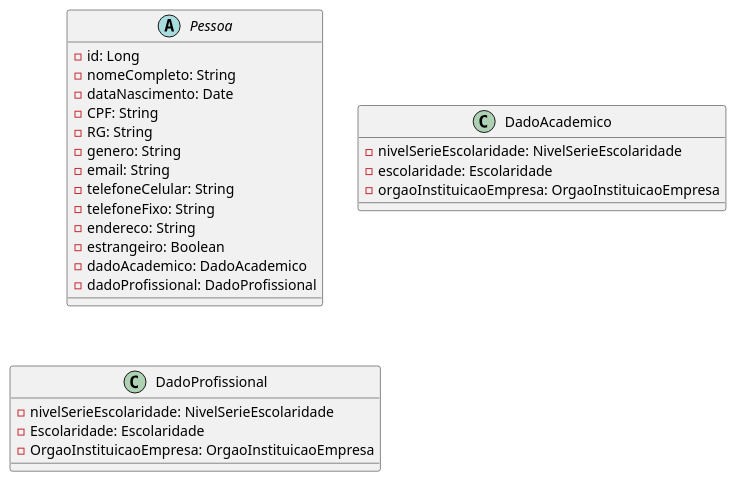
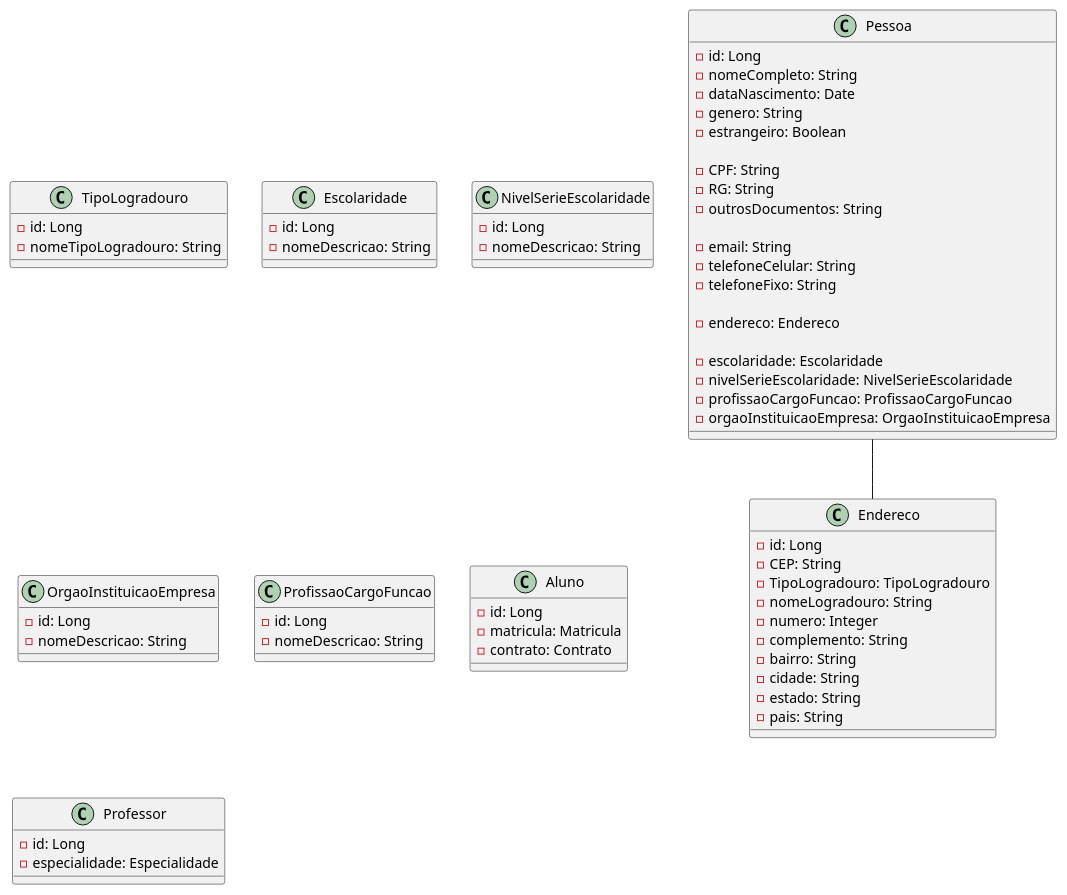
Before and after one commit to Vitor-rs/AgePlan_backend: the diagram in docs/diagrams/dc_entidadesPrincipais.puml, drawn with PlantUML. The commit also changed 8 other files, not shown here.

```diff
--- a/docs/diagrams/dc_entidadesPrincipais.puml
+++ b/docs/diagrams/dc_entidadesPrincipais.puml
@@ -1,33 +1,78 @@
 @startuml
 
-abstract class Pessoa {
+class Pessoa {
     - id: Long
     - nomeCompleto: String
     - dataNascimento: Date
+    - genero: String
+    - estrangeiro: Boolean
+
     - CPF: String
     - RG: String
-    - genero: String
+    - outrosDocumentos: String
+
     - email: String
     - telefoneCelular: String
     - telefoneFixo: String
-    - endereco: String
-    - estrangeiro: Boolean
-    - dadoAcademico: DadoAcademico
-    - dadoProfissional: DadoProfissional
-}
 
-class DadoAcademico {
+    - endereco: Endereco
+
+    - escolaridade: Escolaridade
     - nivelSerieEscolaridade: NivelSerieEscolaridade
-    - escolaridade: Escolaridade
+    - profissaoCargoFuncao: ProfissaoCargoFuncao
     - orgaoInstituicaoEmpresa: OrgaoInstituicaoEmpresa
 }
 
-class DadoProfissional {
-    - nivelSerieEscolaridade: NivelSerieEscolaridade
-    - Escolaridade: Escolaridade
-    - OrgaoInstituicaoEmpresa: OrgaoInstituicaoEmpresa
+class Endereco {
+    - id: Long
+    - CEP: String
+    - TipoLogradouro: TipoLogradouro
+    - nomeLogradouro: String
+    - numero: Integer
+    - complemento: String
+    - bairro: String
+    - cidade: String
+    - estado: String
+    - pais: String
 }
+
+class TipoLogradouro {
+    - id: Long
+    - nomeTipoLogradouro: String
+}
+
+class Escolaridade {
+    - id: Long
+    - nomeDescricao: String
+}
+
+class NivelSerieEscolaridade {
+    - id: Long
+    - nomeDescricao: String
+}
+
+class OrgaoInstituicaoEmpresa {
+    - id: Long
+    - nomeDescricao: String
+}
+
+class ProfissaoCargoFuncao {
+    - id: Long
+    - nomeDescricao: String
+}
+
+class Aluno {
+    - id: Long
+    - matricula: Matricula
+    - contrato: Contrato
+}
+ class Professor {
+    - id: Long
+    - especialidade: Especialidade
+}
+
+Pessoa -- Endereco
 
 
 
 @enduml
```
